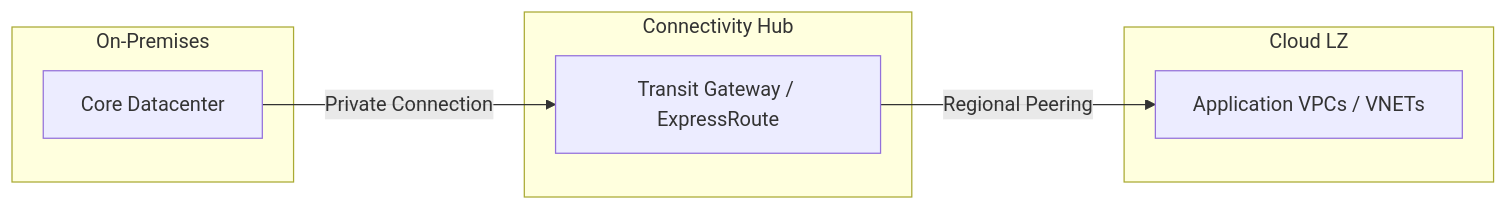
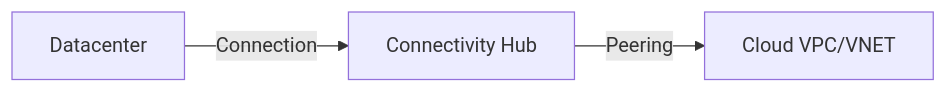
Before and after one commit to Devopstrio/hybrid-landingzone: the second of 30 diagrams in README.md, drawn with Mermaid. The commit also changed other lines of this file, not shown here.

Commit message:
docs: expand README with 30+ architectural diagrams

````diff
--- a/README.md
+++ b/README.md
@@ -93,14 +43,5 @@
 ```mermaid
 graph LR
-    subgraph "On-Premises"
-        DC[Core Datacenter]
-    end
-    subgraph "Connectivity Hub"
-        TGW[Transit Gateway / ExpressRoute]
-    end
-    subgraph "Cloud LZ"
-        VPC[Application VPCs / VNETs]
-    end
-    DC -- "Private Connection" --> TGW
-    TGW -- "Regional Peering" --> VPC
+    DC[Datacenter] -- Connection --> Hub[Connectivity Hub]
+    Hub -- Peering --> Cloud[Cloud VPC/VNET]
 ```
````
